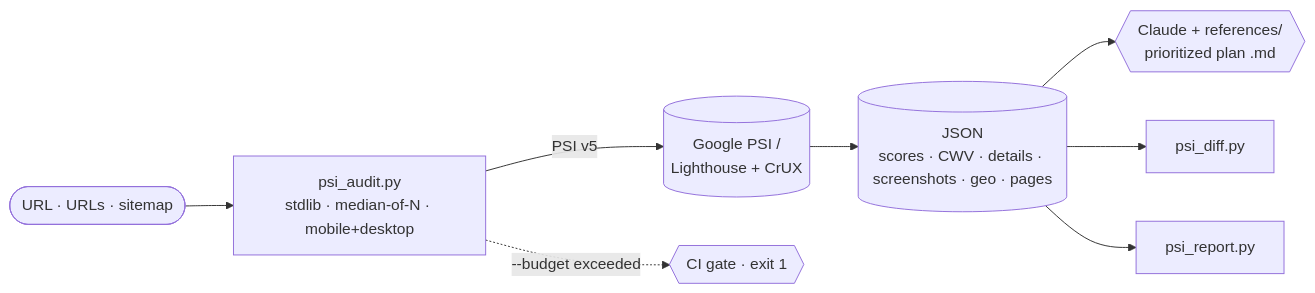
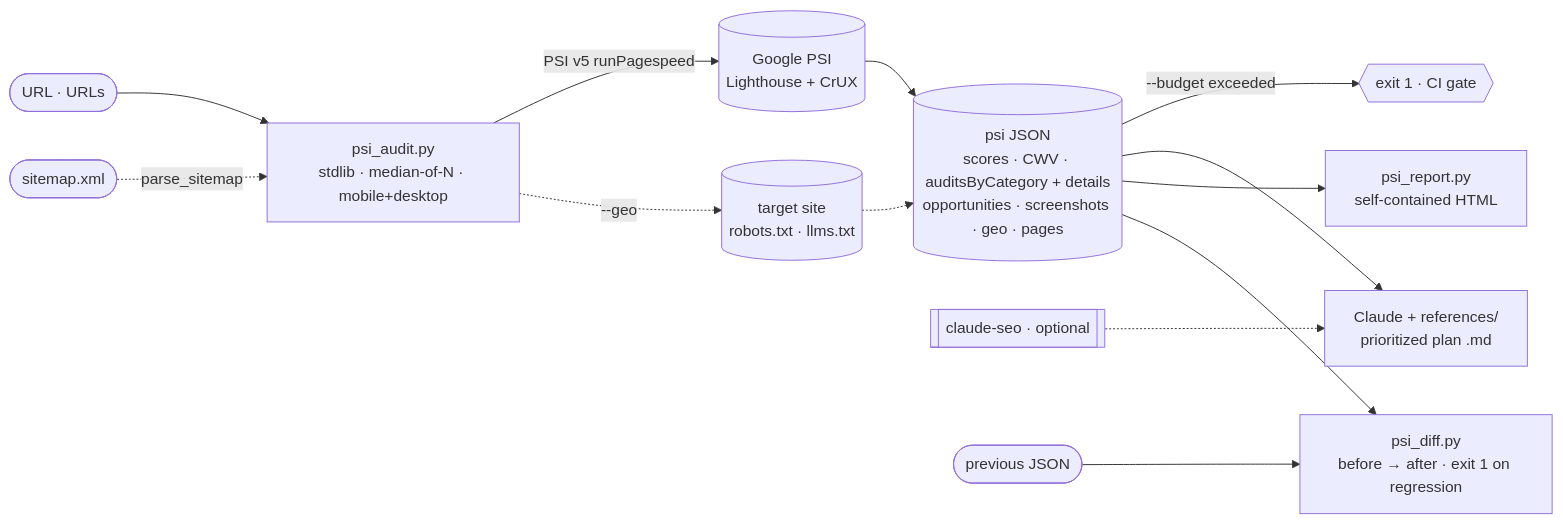
One commit to tasdeleno/pagespeed-plan changed the diagram in README.en.md. Above: the diagram before and after it, drawn with Mermaid. The commit also changed other lines of this file and 1 other file, not shown here.

Commit message:
README: Mermaid semasini teknik olarak dogru hale getir (TR+EN)
- Butce kapisi JSON'dan sonra (sonuclari kontrol eder), S'ten degil
- --geo/--sitemap Google PSI'den degil HEDEF SITEDEN cekilir
- psi_diff iki JSON alir (onceki + yeni)
- claude-seo opsiyonel girdi olarak gosterildi
- kenar etiketleri guvenli (tirnaksiz, : ve / yok)

````diff
--- a/README.en.md
+++ b/README.en.md
@@ -81,10 +81,15 @@
 ```mermaid
 flowchart LR
-    U([URL · URLs · sitemap]) --> S["psi_audit.py<br/>stdlib · median-of-N · mobile+desktop"]
-    S -->|PSI v5| G[("Google PSI /<br/>Lighthouse + CrUX")]
-    S -.->|--budget exceeded| GATE{{"CI gate · exit 1"}}
-    G --> J[("JSON<br/>scores · CWV · details · screenshots · geo · pages")]
-    J --> M{{"Claude + references/<br/>prioritized plan .md"}}
-    J --> D["psi_diff.py"]
-    J --> H["psi_report.py"]
+    U([URL · URLs]) --> S["psi_audit.py<br/>stdlib · median-of-N · mobile+desktop"]
+    SM([sitemap.xml]) -.->|parse_sitemap| S
+    S -->|PSI v5 runPagespeed| G[("Google PSI<br/>Lighthouse + CrUX")]
+    S -.->|--geo| W[("target site<br/>robots.txt · llms.txt")]
+    G --> J[("psi JSON<br/>scores · CWV · auditsByCategory + details<br/>opportunities · screenshots · geo · pages")]
+    W -.-> J
+    J -->|--budget exceeded| X{{"exit 1 · CI gate"}}
+    J --> M["Claude + references/<br/>prioritized plan .md"]
+    O[["claude-seo · optional"]] -.-> M
+    J --> R["psi_report.py<br/>self-contained HTML"]
+    P([previous JSON]) --> D["psi_diff.py<br/>before → after · exit 1 on regression"]
+    J --> D
 ```
````
